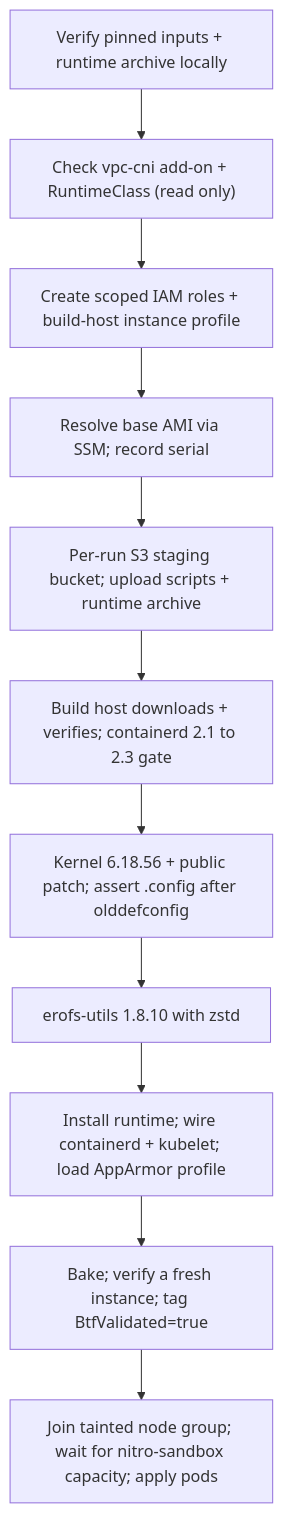
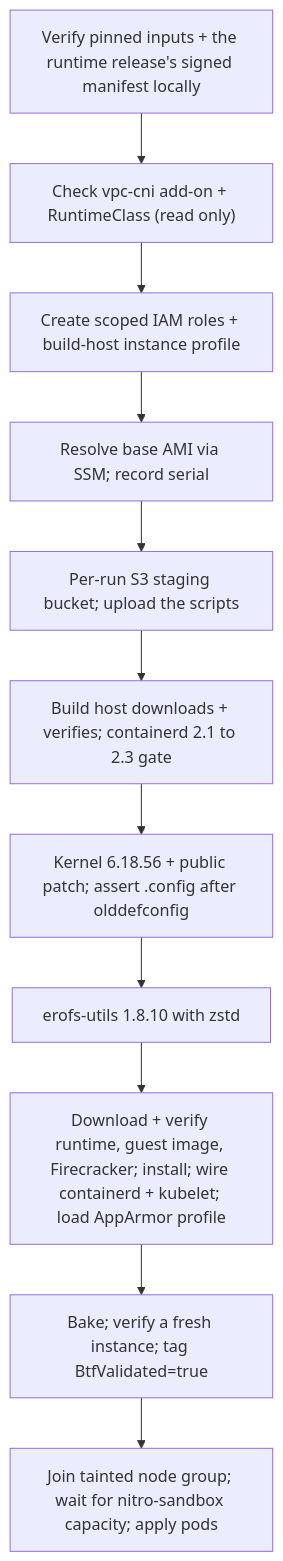
The second of 2 diagrams in examples/setup/ubuntu-ami/README.md (aws-samples/sample-eks-nitro-sandbox), drawn with Mermaid before and after one commit. The commit also changed other lines of this file and 36 other files, not shown here.

````diff
--- a/examples/setup/ubuntu-ami/README.md
+++ b/examples/setup/ubuntu-ami/README.md
@@ -321,13 +330,13 @@
 ```mermaid
 flowchart TB
-  P["Verify pinned inputs + runtime archive locally"] --> Q["Check vpc-cni add-on + RuntimeClass (read only)"]
+  P["Verify pinned inputs + the runtime release's signed manifest locally"] --> Q["Check vpc-cni add-on + RuntimeClass (read only)"]
   Q --> Z["Create scoped IAM roles + build-host instance profile"]
   Z --> A["Resolve base AMI via SSM; record serial"]
-  A --> S["Per-run S3 staging bucket; upload scripts + runtime archive"]
+  A --> S["Per-run S3 staging bucket; upload the scripts"]
   S --> B["Build host downloads + verifies; containerd 2.1 to 2.3 gate"]
   B --> C["Kernel 6.18.56 + public patch; assert .config after olddefconfig"]
   C --> D["erofs-utils 1.8.10 with zstd"]
-  D --> G["Install runtime; wire containerd + kubelet; load AppArmor profile"]
+  D --> G["Download + verify runtime, guest image, Firecracker; install; wire containerd + kubelet; load AppArmor profile"]
   G --> H["Bake; verify a fresh instance; tag BtfValidated=true"]
   H --> I["Join tainted node group; wait for nitro-sandbox capacity; apply pods"]
 ```
````
